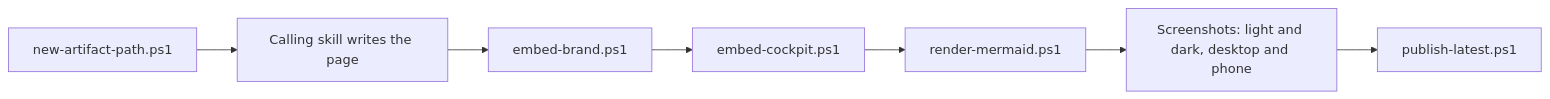
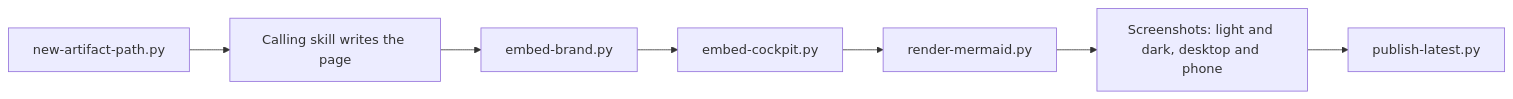
The diagram in skills/actions/an-dr-files-build-report/README.md (an-dr/agents), drawn with Mermaid before and after one commit. The commit also changed 426 other files, not shown here.

````diff
--- a/skills/actions/an-dr-files-build-report/README.md
+++ b/skills/actions/an-dr-files-build-report/README.md
@@ -11,9 +11,9 @@
 ```mermaid
 flowchart LR
-  P[new-artifact-path.ps1] --> W[Calling skill writes the page]
-  W --> B[embed-brand.ps1]
-  B --> K[embed-cockpit.ps1]
-  K --> M[render-mermaid.ps1]
+  P[new-artifact-path.py] --> W[Calling skill writes the page]
+  W --> B[embed-brand.py]
+  B --> K[embed-cockpit.py]
+  K --> M[render-mermaid.py]
   M --> V[Screenshots: light and dark, desktop and phone]
-  V --> L[publish-latest.ps1]
+  V --> L[publish-latest.py]
 ```
````
